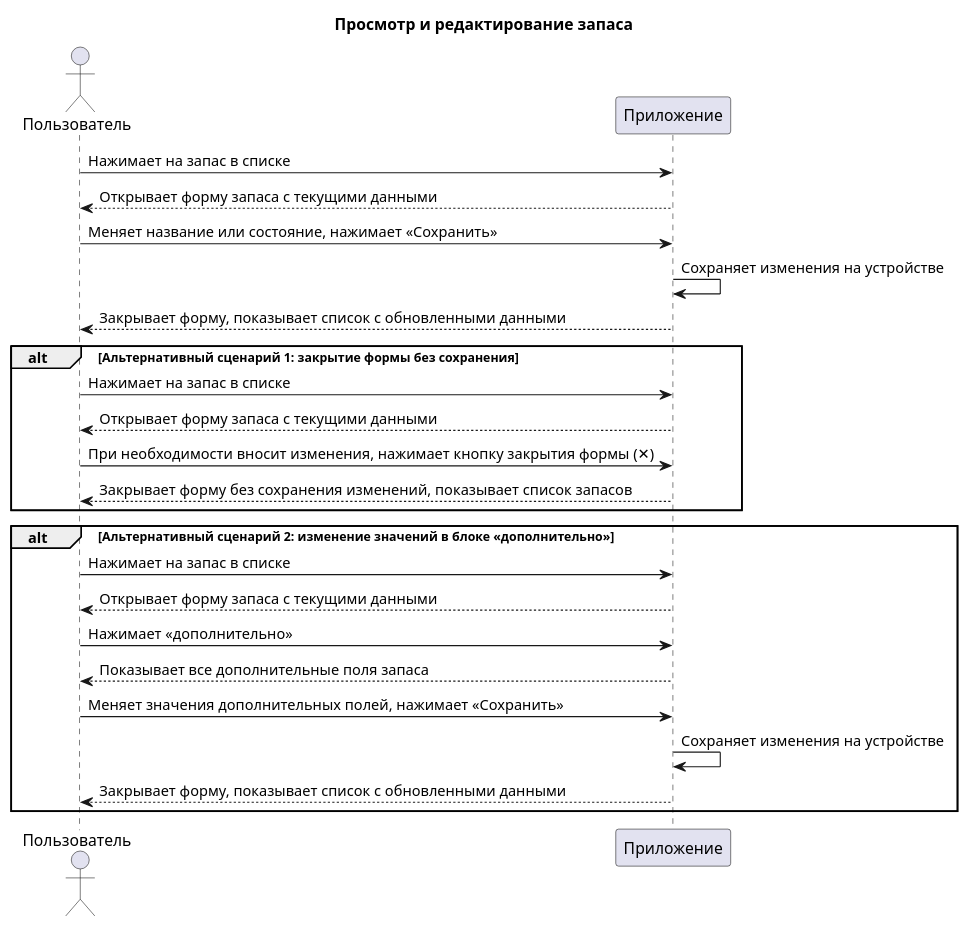
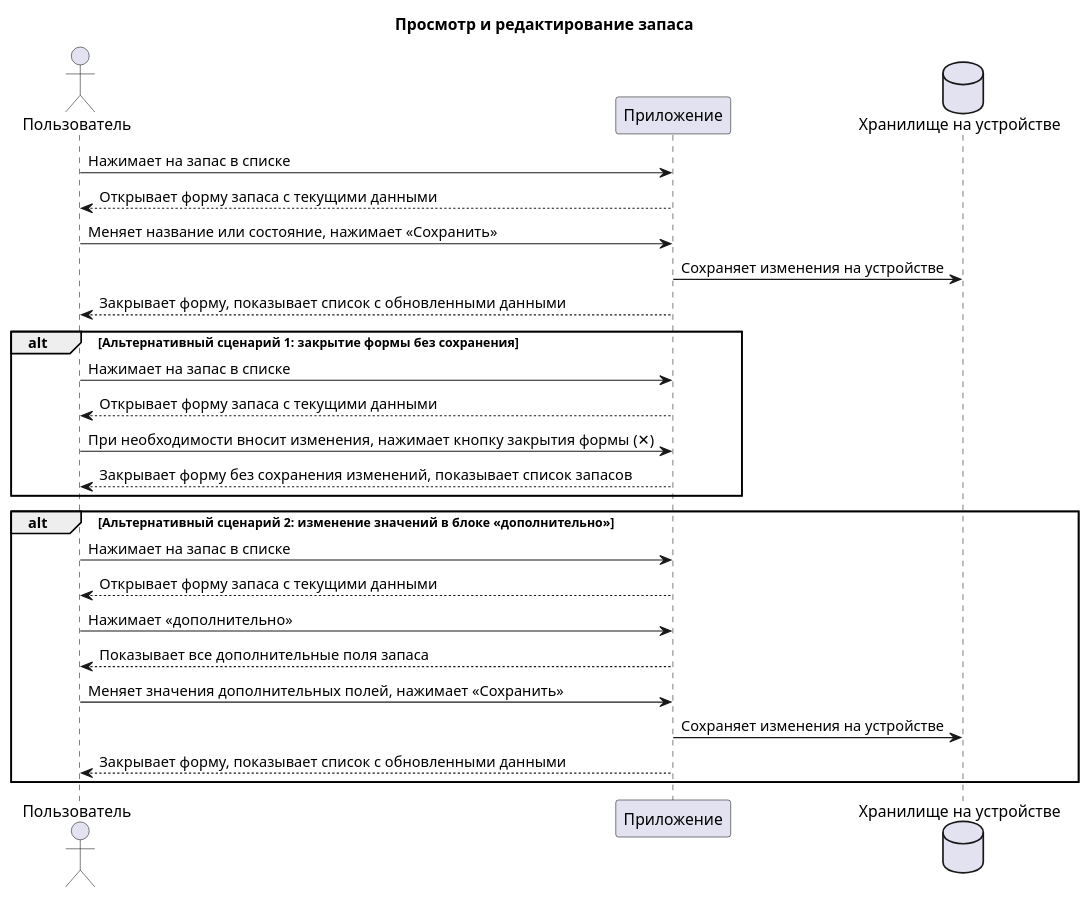
One commit to alenaChernyka/tech-writing-portfolio changed the diagram in polka-app-docs/plantuml/edit-stock.puml. Above: the diagram before and after it, drawn with PlantUML. The commit also changed 1 other file, not shown here.

Commit message:
docs(polka): edit edit-stock diagrams

```diff
--- a/polka-app-docs/plantuml/edit-stock.puml
+++ b/polka-app-docs/plantuml/edit-stock.puml
@@ -1,29 +1,30 @@
 @startuml
 title Просмотр и редактирование запаса
 
 actor Пользователь as user
 participant Приложение as client
+database "Хранилище на устройстве" as storage
 
 user -> client: Нажимает на запас в списке
 user <-- client: Открывает форму запаса с текущими данными
 user -> client: Меняет название или состояние, нажимает «Сохранить»
-client -> client: Сохраняет изменения на устройстве
+client -> storage: Сохраняет изменения на устройстве
 user <-- client: Закрывает форму, показывает список с обновленными данными
 
 alt Альтернативный сценарий 1: закрытие формы без сохранения
 user -> client: Нажимает на запас в списке
 user <-- client: Открывает форму запаса с текущими данными
 user -> client: При необходимости вносит изменения, нажимает кнопку закрытия формы (✕)
 user <-- client: Закрывает форму без сохранения изменений, показывает список запасов
 end alt
 
 alt Альтернативный сценарий 2: изменение значений в блоке «дополнительно»
 user -> client: Нажимает на запас в списке
 user <-- client: Открывает форму запаса с текущими данными
 user -> client: Нажимает «дополнительно»
 user <-- client: Показывает все дополнительные поля запаса
 user -> client: Меняет значения дополнительных полей, нажимает «Сохранить»
-client -> client: Сохраняет изменения на устройстве
+client -> storage: Сохраняет изменения на устройстве
 user <-- client: Закрывает форму, показывает список с обновленными данными
 end alt
 @enduml
```
